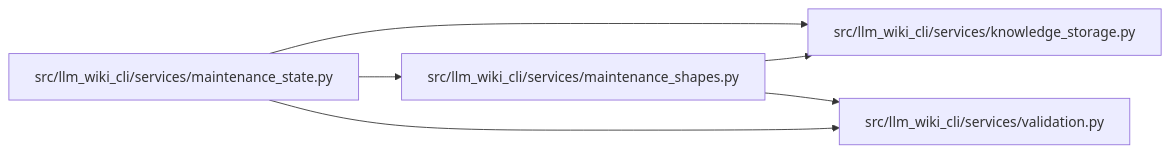
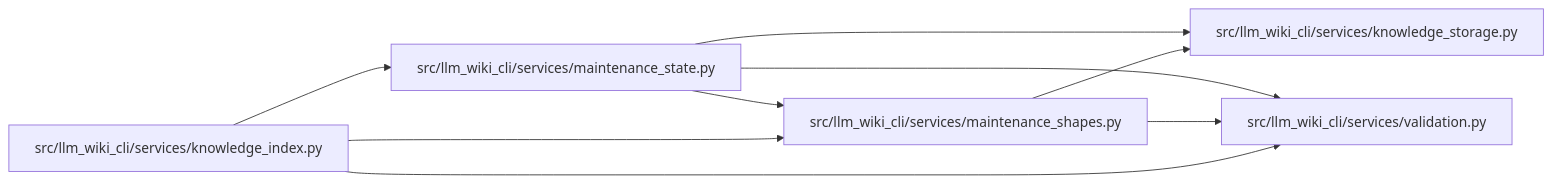
One commit to Denissvgn/python-wiki-llm changed the diagram in docs/llm_wiki/modules/maintenance_shapes.md. Above: the diagram before and after it, drawn with Mermaid. The commit also changed other lines of this file and 627 other files, not shown here.

````diff
--- a/docs/llm_wiki/modules/maintenance_shapes.md
+++ b/docs/llm_wiki/modules/maintenance_shapes.md
@@ -21,16 +21,21 @@
 ```mermaid
 flowchart LR
-    n0["src/llm_wiki_cli/services/knowledge_storage.py"]
-    n1["src/llm_wiki_cli/services/maintenance_shapes.py"]
-    n2["src/llm_wiki_cli/services/maintenance_state.py"]
-    n3["src/llm_wiki_cli/services/validation.py"]
-    n1 --> n0
-    n1 --> n3
-    n2 --> n0
+    n0["src/llm_wiki_cli/services/knowledge_index.py"]
+    n1["src/llm_wiki_cli/services/knowledge_storage.py"]
+    n2["src/llm_wiki_cli/services/maintenance_shapes.py"]
+    n3["src/llm_wiki_cli/services/maintenance_state.py"]
+    n4["src/llm_wiki_cli/services/validation.py"]
+    n0 --> n2
+    n0 --> n3
+    n0 --> n4
     n2 --> n1
-    n2 --> n3
-    click n0 "../modules/knowledge_storage.md"
-    click n1 "../modules/maintenance_shapes.md"
-    click n2 "../modules/maintenance_state.md"
-    click n3 "../modules/validation.md"
+    n2 --> n4
+    n3 --> n1
+    n3 --> n2
+    n3 --> n4
+    click n0 "../modules/knowledge_index.md"
+    click n1 "../modules/knowledge_storage.md"
+    click n2 "../modules/maintenance_shapes.md"
+    click n3 "../modules/maintenance_state.md"
+    click n4 "../modules/validation.md"
 ```
````
